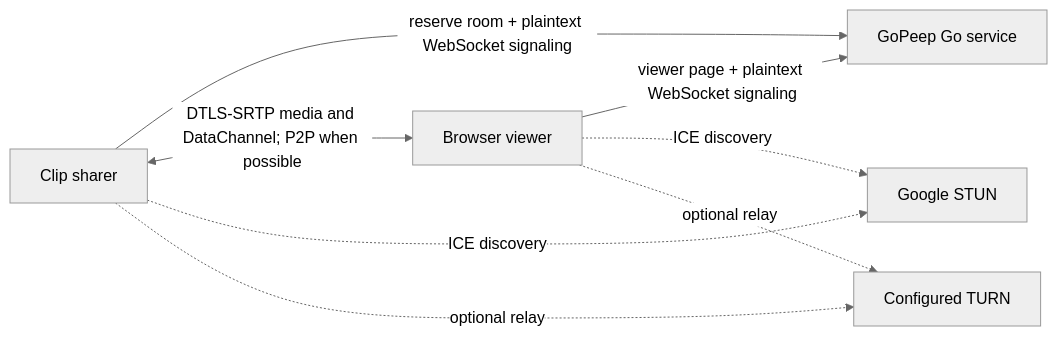
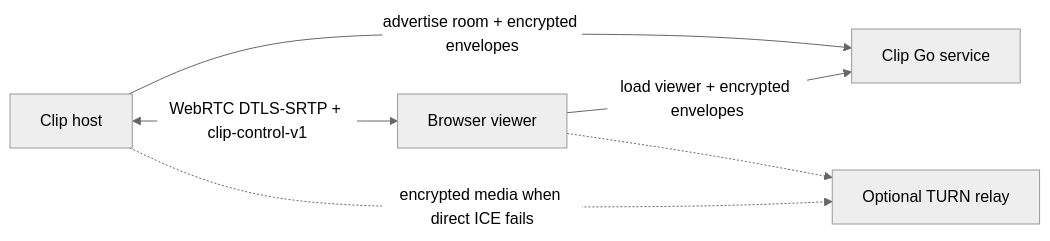
The diagram in docs/live-share-architecture.md (tomas-lejdung/Clip), drawn with Mermaid (neutral theme) before and after one commit. The commit also changed other lines of this file and 112 other files, not shown here.

````diff
--- a/docs/live-share-architecture.md
+++ b/docs/live-share-architecture.md
@@ -64,10 +30,8 @@
 ```mermaid
 flowchart LR
-    C["Clip sharer"] -->|"reserve room + plaintext WebSocket signaling"| G["GoPeep Go service"]
-    V["Browser viewer"] -->|"viewer page + plaintext WebSocket signaling"| G
-    C <-->|"DTLS-SRTP media and DataChannel; P2P when possible"| V
-    C -.->|"ICE discovery"| S["Google STUN"]
-    V -.->|"ICE discovery"| S
-    C -.->|"optional relay"| T["Configured TURN"]
-    V -.->|"optional relay"| T
+    C["Clip host"] -->|"advertise room + encrypted envelopes"| S["Clip Go service"]
+    B["Browser viewer"] -->|"load viewer + encrypted envelopes"| S
+    C <-->|"WebRTC DTLS-SRTP + clip-control-v1"| B
+    C -.->|"encrypted media when direct ICE fails"| T["Optional TURN relay"]
+    B -.-> T
 ```
````
